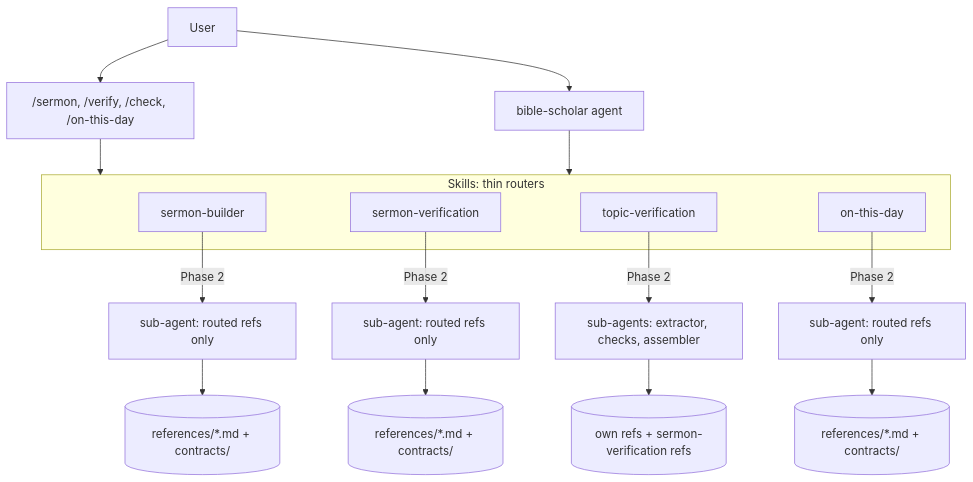
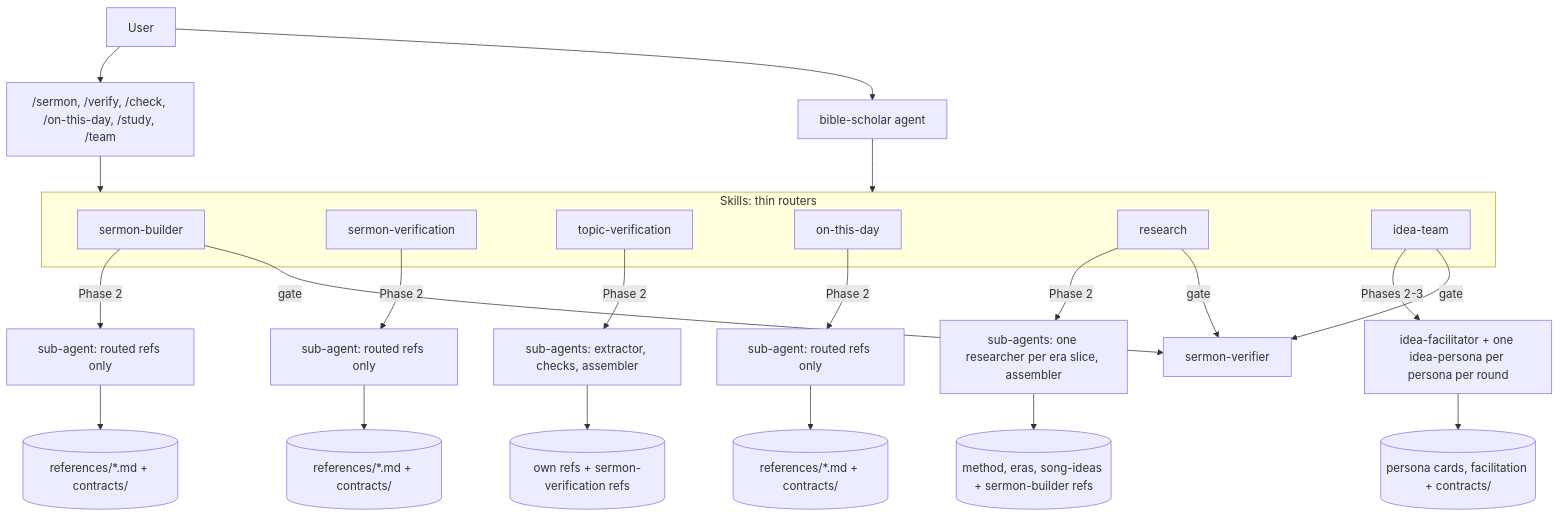
One commit to P47Phoenix/Claude-Plugins changed the first of 4 diagrams in bible-research/ARCHITECTURE.md. Above: the diagram before and after it, drawn with Mermaid. The commit also changed other lines of this file and 33 other files, not shown here.

First line of the commit message:
feat(bible-research): research skill and idea-review team (0.2.0) (#97)

````diff
--- a/bible-research/ARCHITECTURE.md
+++ b/bible-research/ARCHITECTURE.md
@@ -7,21 +7,28 @@
 ```mermaid
 flowchart TD
-    U[User] --> C["/sermon, /verify, /check, /on-this-day"]
+    U[User] --> C["/sermon, /verify, /check, /on-this-day, /study, /team"]
     U --> A[bible-scholar agent]
     C --> S
     A --> S
     subgraph S[Skills: thin routers]
         SB[sermon-builder]
         SV[sermon-verification]
         TV[topic-verification]
         OD[on-this-day]
+        RS[research]
+        IT[idea-team]
     end
     SB -->|Phase 2| SA1[sub-agent: routed refs only]
     SV -->|Phase 2| SA2[sub-agent: routed refs only]
     TV -->|Phase 2| SA3[sub-agents: extractor, checks, assembler]
     OD -->|Phase 2| SA4[sub-agent: routed refs only]
+    RS -->|Phase 2| SA5[sub-agents: one researcher per era slice, assembler]
+    IT -->|Phases 2-3| SA6[idea-facilitator + one idea-persona per persona per round]
     SA1 --> R1[(references/*.md + contracts/)]
     SA2 --> R2[(references/*.md + contracts/)]
     SA3 --> R3[(own refs + sermon-verification refs)]
     SA4 --> R4[(references/*.md + contracts/)]
+    SA5 --> R5[(method, eras, song-ideas + sermon-builder refs)]
+    SA6 --> R6[(persona cards, facilitation + contracts/)]
+    SB & RS & IT -->|gate| V[sermon-verifier]
 ```
````
